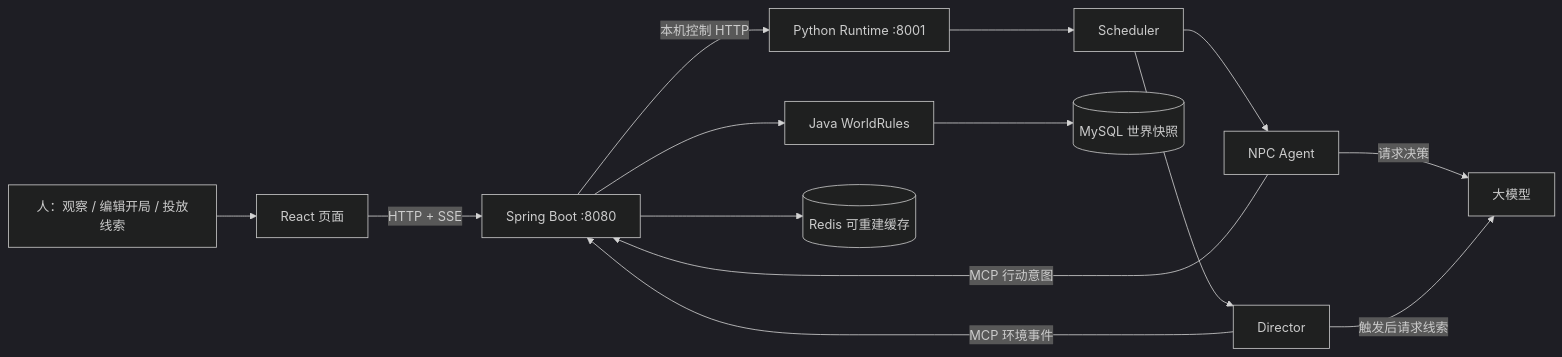
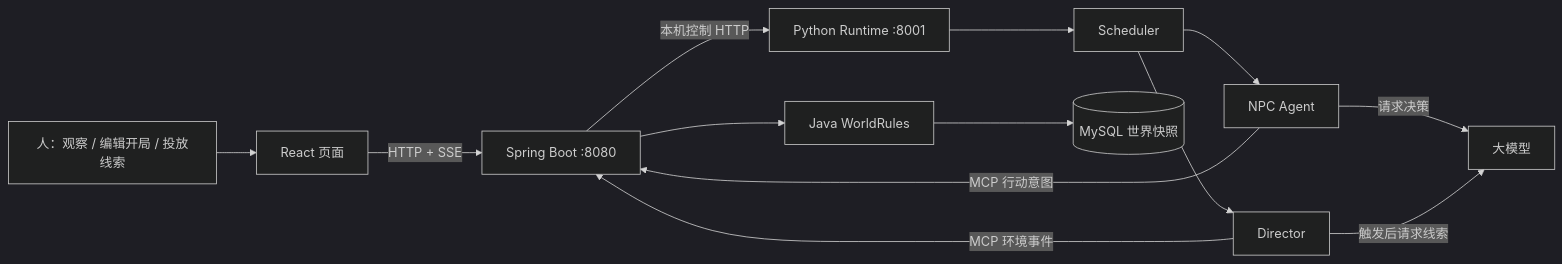
One commit to wb2467113791/NovelWorld changed the diagram in docs/NovelWorld_跟着代码学项目.md. Above: the diagram before and after it, drawn with Mermaid (dark theme). The commit also changed other lines of this file and 43 other files, not shown here.

````diff
--- a/docs/NovelWorld_跟着代码学项目.md
+++ b/docs/NovelWorld_跟着代码学项目.md
@@ -25,16 +25,15 @@
 ```mermaid
 flowchart LR
   H[人：观察 / 编辑开局 / 投放线索] --> W[React 页面]
   W -->|HTTP + SSE| J[Spring Boot :8080]
   J -->|本机控制 HTTP| P[Python Runtime :8001]
   P --> S[Scheduler]
   S --> N[NPC Agent]
   S --> D[Director]
   N -->|请求决策| L[大模型]
   D -->|触发后请求线索| L
   N -->|MCP 行动意图| J
   D -->|MCP 环境事件| J
   J --> R[Java WorldRules]
   R --> DB[(MySQL 世界快照)]
-  J --> C[(Redis 可重建缓存)]
 ```
````
